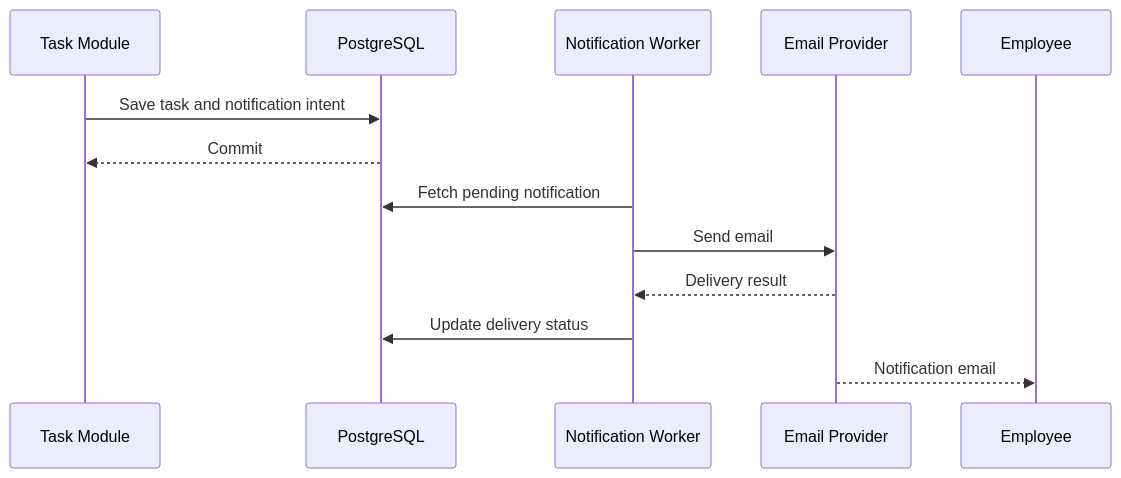
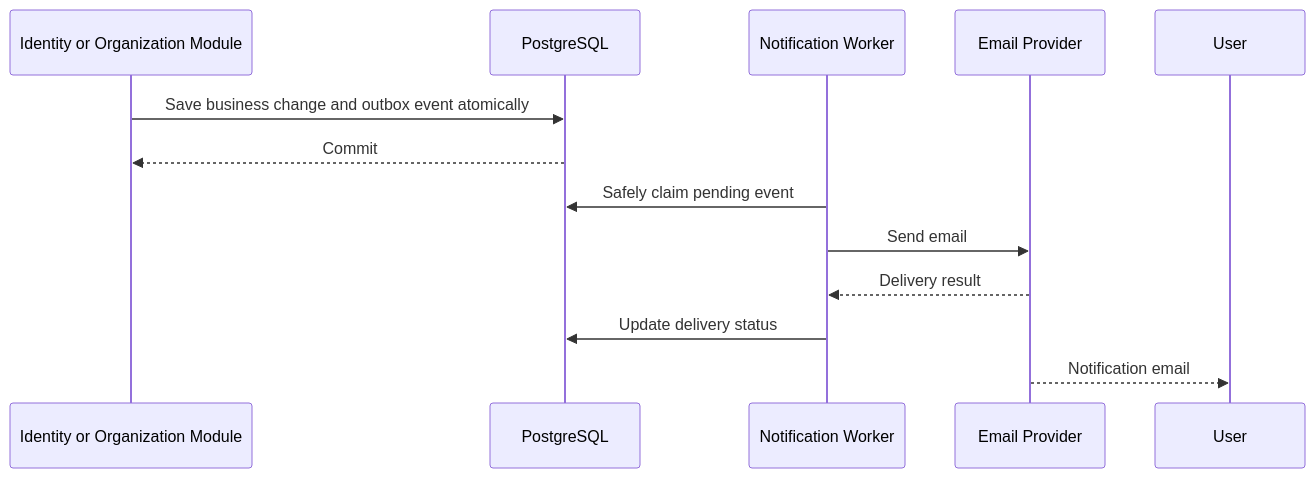
Diagram 15 of 17 in docs/architecture/system-design.md (apsar43/workSphere), drawn with Mermaid before and after one commit. The commit also changed other lines of this file and 18 other files, not shown here.

Commit message:
added adr and finalized architecture

````diff
--- a/docs/architecture/system-design.md
+++ b/docs/architecture/system-design.md
@@ -1729,16 +1588,16 @@
 ```mermaid
 sequenceDiagram
-    participant TASK as Task Module
+    participant ORG as Identity or Organization Module
     participant DB as PostgreSQL
     participant WORKER as Notification Worker
     participant EMAIL as Email Provider
-    participant USER as Employee
+    participant USER as User
 
-    TASK->>DB: Save task and notification intent
-    DB-->>TASK: Commit
-    WORKER->>DB: Fetch pending notification
+    ORG->>DB: Save business change and outbox event atomically
+    DB-->>ORG: Commit
+    WORKER->>DB: Safely claim pending event
     WORKER->>EMAIL: Send email
     EMAIL-->>WORKER: Delivery result
     WORKER->>DB: Update delivery status
     EMAIL-->>USER: Notification email
 ```
````
